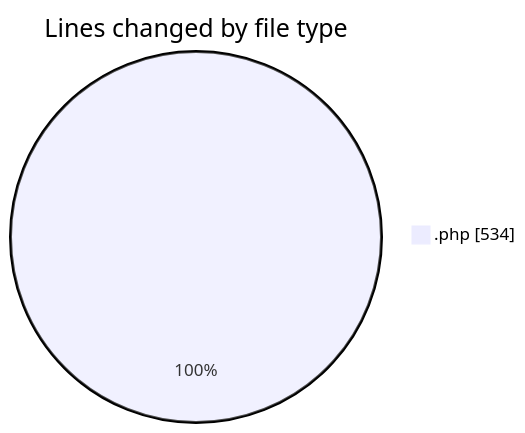
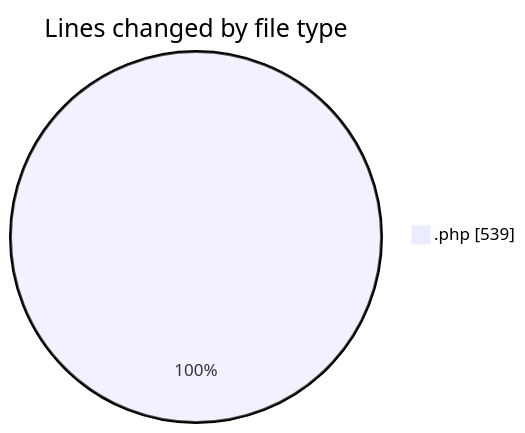
The first of 2 diagrams in 2026-06-17/oficina/README.md (LanceThiago/code-tracking), drawn with Mermaid before and after one commit. The commit also changed other lines of this file and 1 other file, not shown here.

````diff
--- a/2026-06-17/oficina/README.md
+++ b/2026-06-17/oficina/README.md
@@ -21,5 +21,5 @@
 ```mermaid
 pie showData
 title Lines changed by file type
-".php" : 534
+".php" : 539
 ```
````
